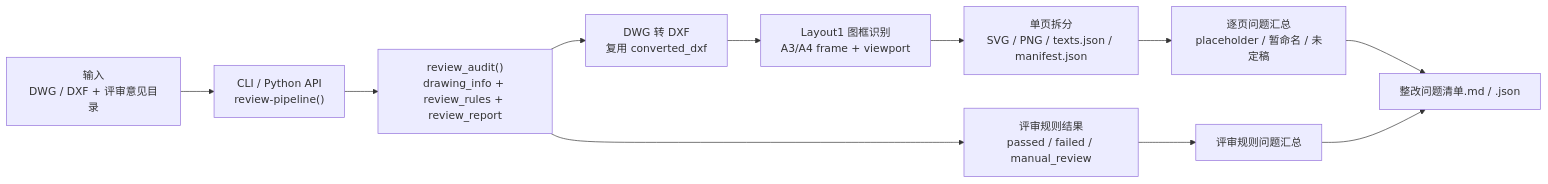
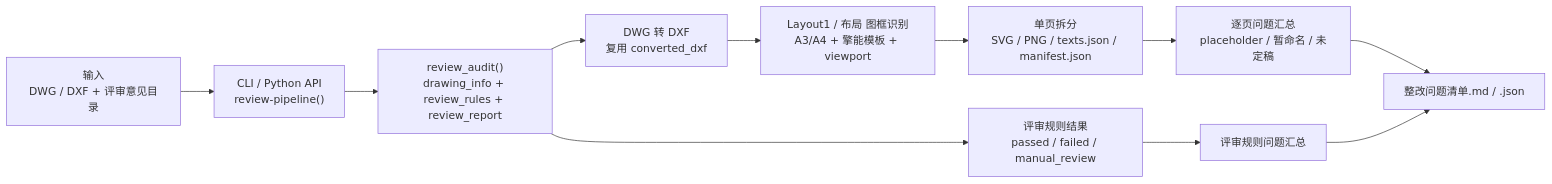
Before and after one commit to live-in-the-moment/SparkFlow: the third of 4 diagrams in readme.md, drawn with Mermaid. The commit also changed other lines of this file and 10 other files, not shown here.

````diff
--- a/readme.md
+++ b/readme.md
@@ -107,13 +107,13 @@
 ```mermaid
 flowchart LR
   A["输入<br/>DWG / DXF + 评审意见目录"] --> B["CLI / Python API<br/>review-pipeline()"]
   B --> C["review_audit()<br/>drawing_info + review_rules + review_report"]
   C --> D["DWG 转 DXF<br/>复用 converted_dxf"]
-  D --> E["Layout1 图框识别<br/>A3/A4 frame + viewport"]
+  D --> E["Layout1 / 布局 图框识别<br/>A3/A4 + 擎能模板 + viewport"]
   E --> F["单页拆分<br/>SVG / PNG / texts.json / manifest.json"]
   C --> G["评审规则结果<br/>passed / failed / manual_review"]
   F --> H["逐页问题汇总<br/>placeholder / 暂命名 / 未定稿"]
   G --> I["评审规则问题汇总"]
   H --> J["整改问题清单.md / .json"]
   I --> J
 ```
````
